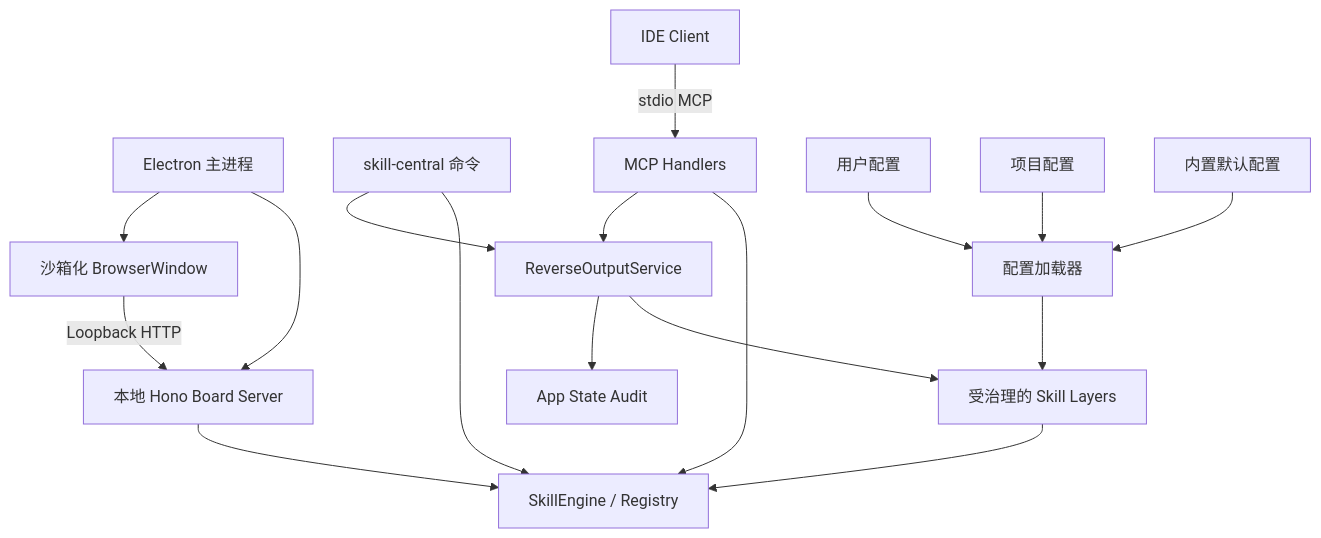
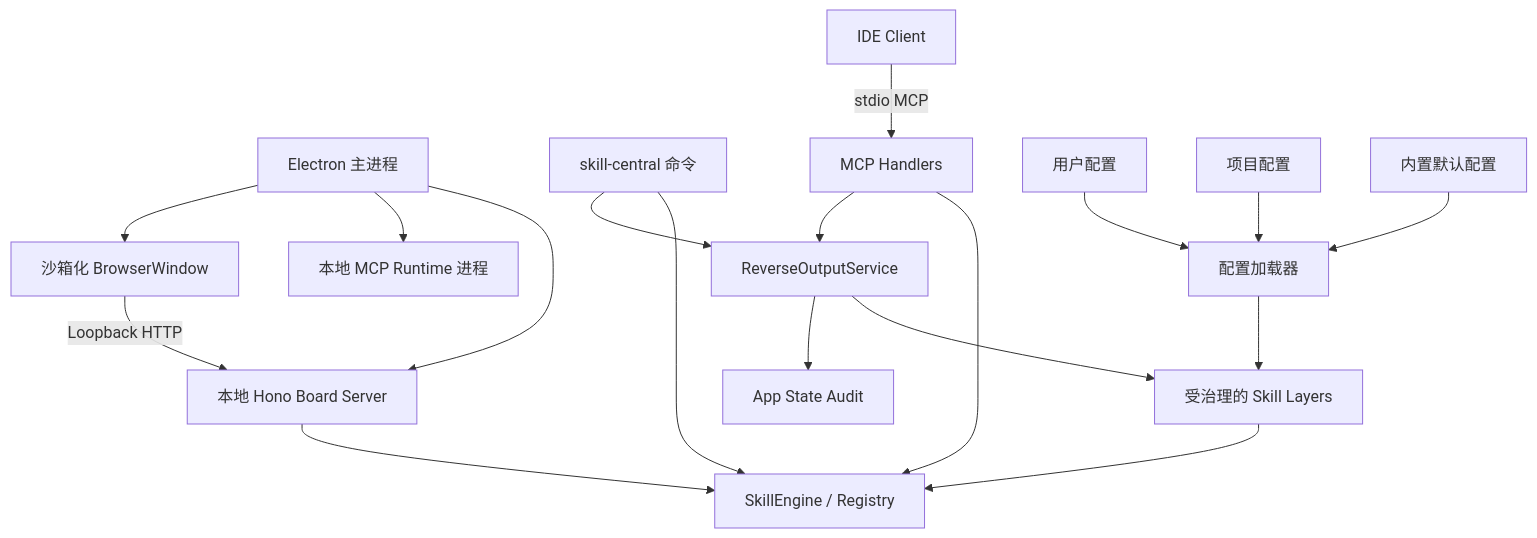
The first of 5 diagrams in docs/ch/architecture.md (BobcGn/skill-central), drawn with Mermaid before and after one commit. The commit also changed other lines of this file and 9 other files, not shown here.

Commit message:
fix(runtime): keep desktop MCP runtime running

````diff
--- a/docs/ch/architecture.md
+++ b/docs/ch/architecture.md
@@ -13,21 +13,22 @@
 ```mermaid
 flowchart TD
     Electron[Electron 主进程] --> Board[本地 Hono Board Server]
+    Electron --> Runtime[本地 MCP Runtime 进程]
     Electron --> Window[沙箱化 BrowserWindow]
     Window -->|Loopback HTTP| Board
 
     CLI[skill-central 命令] --> Engine[SkillEngine / Registry]
     IDE[IDE Client] -->|stdio MCP| MCP[MCP Handlers]
     MCP --> Engine
     MCP --> Reverse[ReverseOutputService]
     CLI --> Reverse
     Reverse --> Layers
     Reverse --> Audit[App State Audit]
     Board --> Engine
 
     Global[用户配置] --> Config[配置加载器]
     Project[项目配置] --> Config
     Defaults[内置默认配置] --> Config
     Config --> Layers[受治理的 Skill Layers]
     Layers --> Engine
 ```
````
